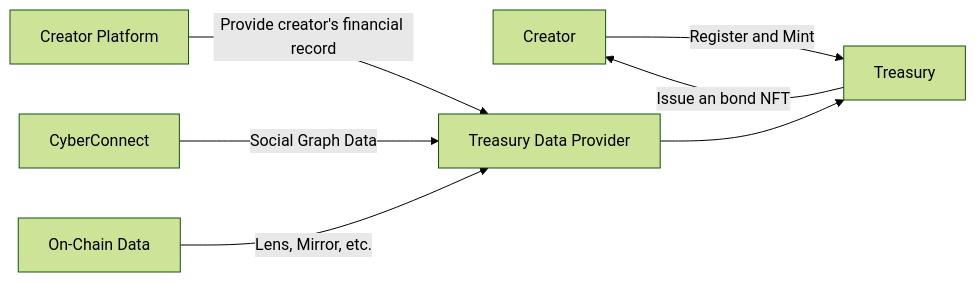
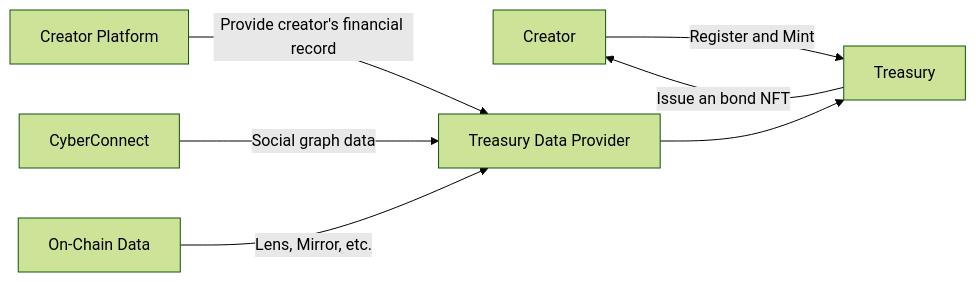
Before and after one commit to 1ton-labs/contracts-func: the first of 4 diagrams in README.md, drawn with Mermaid (forest theme). The commit also changed other lines of this file, not shown here.

````diff
--- a/README.md
+++ b/README.md
@@ -10,15 +10,15 @@
 ```mermaid
 graph LR;
   A[Creator];
   B[Treasury];
   B1[Treasury Data Provider];
   E[Creator Platform];
   X[CyberConnect];
   Y[On-Chain Data];
   A--Register and Mint-->B;
   B--Issue an bond NFT-->A;
   E--Provide creator's financial record-->B1;
-  X--Social Graph Data-->B1;
+  X--Social graph data-->B1;
   Y--"Lens, Mirror, etc."-->B1;
   B1-->B;
 ```
````
